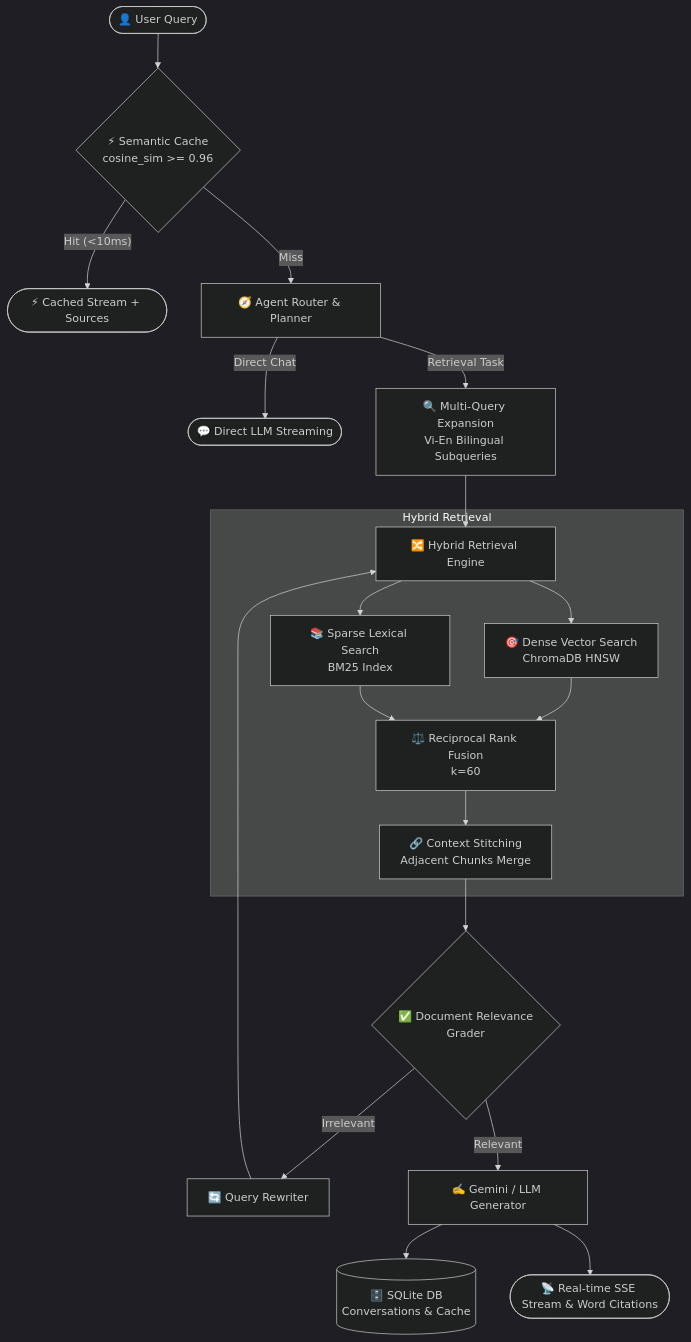
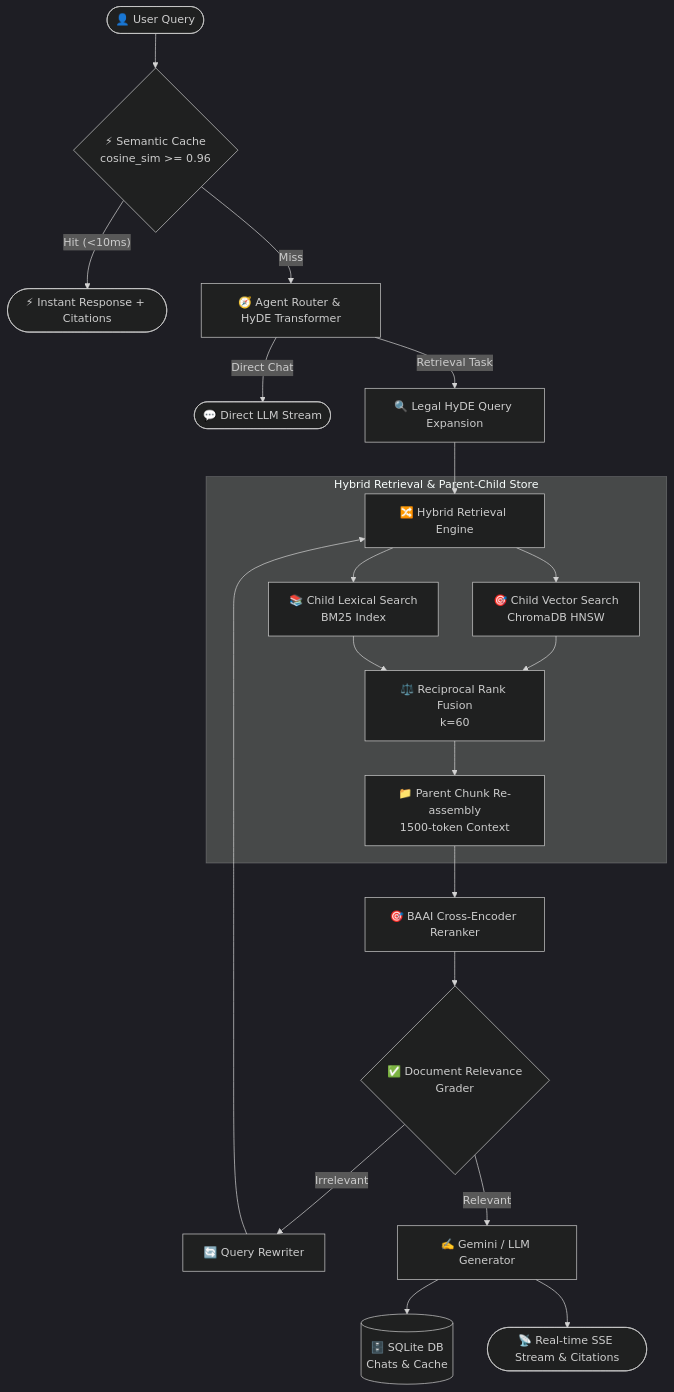
Before and after one commit to XLaiHuy/Multi-Agent-RAG: the diagram in Phase1-2_ Pipleline_advanced chunking/README.md, drawn with Mermaid (dark theme). The commit also changed other lines of this file, not shown here.

````diff
--- a/Phase1-2_ Pipleline_advanced chunking/README.md
+++ b/Phase1-2_ Pipleline_advanced chunking/README.md
@@ -60,26 +65,28 @@
 ```mermaid
 flowchart TD
     User([👤 User Query]) --> CacheCheck{⚡ Semantic Cache<br/>cosine_sim >= 0.96}
-    CacheCheck -- Hit (<10ms) --> CacheResp([⚡ Cached Stream + Sources])
+    CacheCheck -- Hit (<10ms) --> CacheResp([⚡ Instant Response + Citations])
     
-    CacheCheck -- Miss --> Router[🧭 Agent Router & Planner]
-    Router -- Direct Chat --> DirectGen([💬 Direct LLM Streaming])
+    CacheCheck -- Miss --> Router[🧭 Agent Router & HyDE Transformer]
+    Router -- Direct Chat --> DirectGen([💬 Direct LLM Stream])
     
-    Router -- Retrieval Task --> MultiQuery[🔍 Multi-Query Expansion<br/>Vi-En Bilingual Subqueries]
-    MultiQuery --> HybridEngine[🔀 Hybrid Retrieval Engine]
+    Router -- Retrieval Task --> HyDE[🔍 Legal HyDE Query Expansion]
+    HyDE --> HybridEngine[🔀 Hybrid Retrieval Engine]
     
-    subgraph Hybrid Retrieval
-        HybridEngine --> Dense[🎯 Dense Vector Search<br/>ChromaDB HNSW]
-        HybridEngine --> Sparse[📚 Sparse Lexical Search<br/>BM25 Index]
-        Dense --> RRF[⚖️ Reciprocal Rank Fusion<br/>k=60]
-        Sparse --> RRF
-        RRF --> Stitch[🔗 Context Stitching<br/>Adjacent Chunks Merge]
+    subgraph Hybrid Retrieval & Parent-Child Store
+        HybridEngine --> ChildDense[🎯 Child Vector Search<br/>ChromaDB HNSW]
+        HybridEngine --> ChildSparse[📚 Child Lexical Search<br/>BM25 Index]
+        ChildDense --> RRF[⚖️ Reciprocal Rank Fusion<br/>k=60]
+        ChildSparse --> RRF
+        RRF --> ParentLookup[📁 Parent Chunk Re-assembly<br/>1500-token Context]
     end
     
-    Stitch --> Grader{✅ Document Relevance<br/>Grader}
+    ParentLookup --> Reranker[🎯 BAAI Cross-Encoder Reranker]
+    Reranker --> Grader{✅ Document Relevance<br/>Grader}
+    
     Grader -- Irrelevant --> Rewriter[🔄 Query Rewriter] --> HybridEngine
     Grader -- Relevant --> Generator[✍️ Gemini / LLM Generator]
     
-    Generator --> DB[(🗄️ SQLite DB<br/>Conversations & Cache)]
-    Generator --> SSEStream([📡 Real-time SSE Stream & Word Citations])
+    Generator --> DB[(🗄️ SQLite DB<br/>Chats & Cache)]
+    Generator --> SSEStream([📡 Real-time SSE Stream & Citations])
 ```
````
